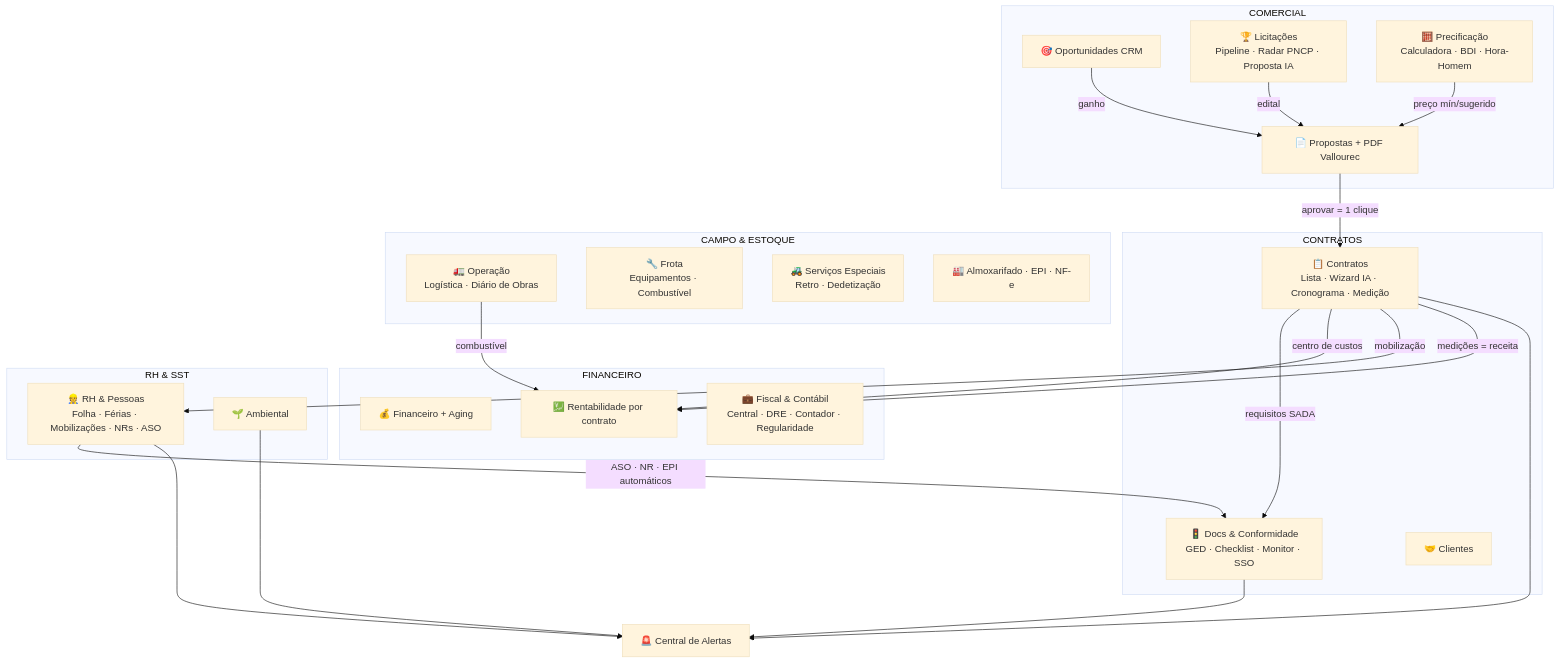
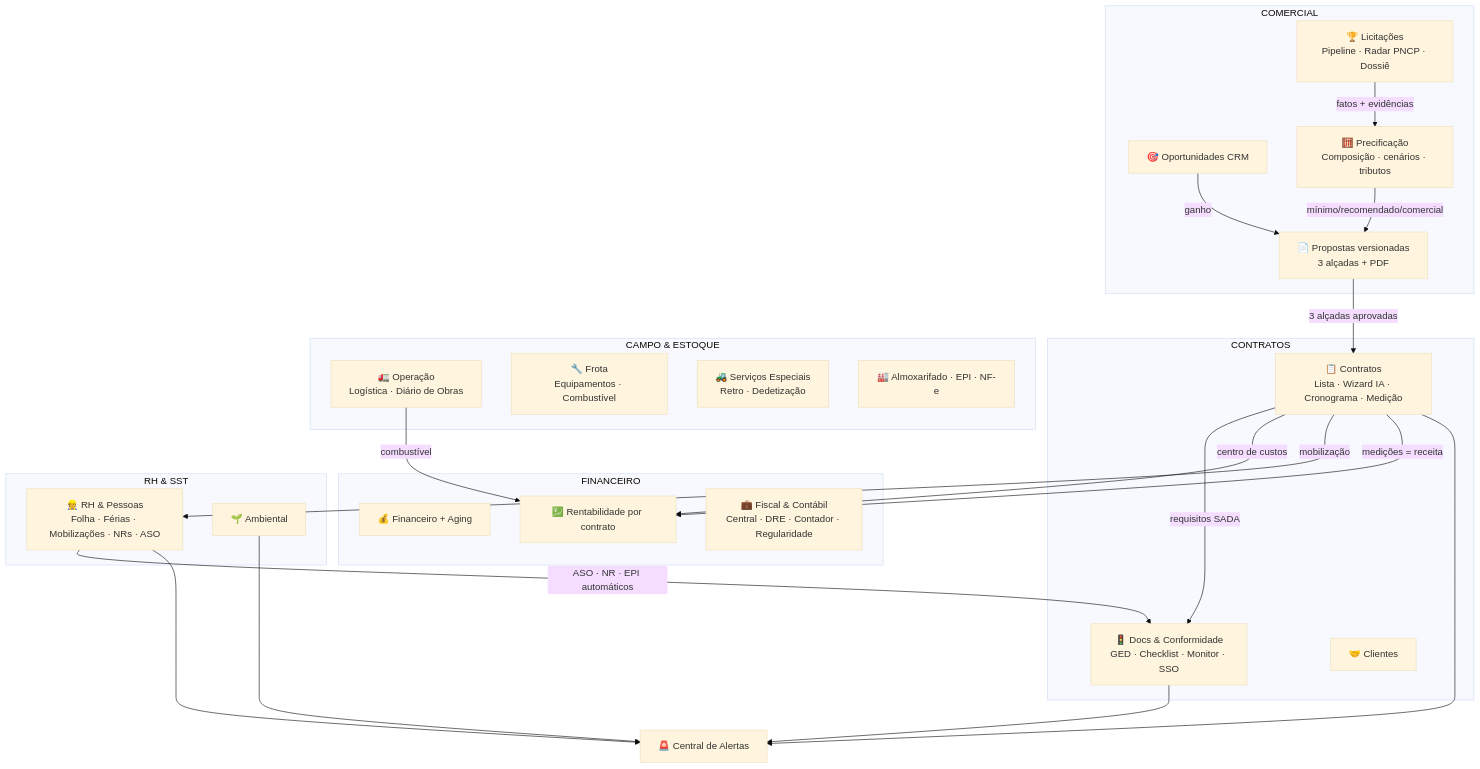
Before and after one commit to s2corporativo/verdelimpclaude: the first of 3 diagrams in SYSTEM_MAP.md, drawn with Mermaid (base theme). The commit also changed other lines of this file and 37 other files, not shown here.

````diff
--- a/SYSTEM_MAP.md
+++ b/SYSTEM_MAP.md
@@ -8,45 +8,45 @@
 ```mermaid
 flowchart TB
   subgraph COMERCIAL
     CRM[🎯 Oportunidades CRM]
-    LIC[🏆 Licitações\nPipeline · Radar PNCP · Proposta IA]
-    PROP[📄 Propostas + PDF Vallourec]
-    PRECO[🧮 Precificação\nCalculadora · BDI · Hora-Homem]
+    LIC[🏆 Licitações\nPipeline · Radar PNCP · Dossiê]
+    PROP[📄 Propostas versionadas\n3 alçadas + PDF]
+    PRECO[🧮 Precificação\nComposição · cenários · tributos]
   end
   subgraph CONTRATOS
     CTR[📋 Contratos\nLista · Wizard IA · Cronograma · Medição]
     DOCS[🚦 Docs & Conformidade\nGED · Checklist · Monitor · SSO]
     CLI[🤝 Clientes]
   end
   subgraph OPERACAO[CAMPO & ESTOQUE]
     CAMPO[🚛 Operação\nLogística · Diário de Obras]
     FROTA[🔧 Frota\nEquipamentos · Combustível]
     ESP[🚜 Serviços Especiais\nRetro · Dedetização]
     ESTQ[🏭 Almoxarifado · EPI · NF-e]
   end
   subgraph FINANCEIRO
     FIN[💰 Financeiro + Aging]
     RENT[💹 Rentabilidade por contrato]
     FISC[💼 Fiscal & Contábil\nCentral · DRE · Contador · Regularidade]
   end
   subgraph RH_SST[RH & SST]
     RH[👷 RH & Pessoas\nFolha · Férias · Mobilizações · NRs · ASO]
     AMB[🌱 Ambiental]
   end
   ALERTAS[🚨 Central de Alertas]
 
   CRM -->|ganho| PROP
-  LIC -->|edital| PROP
-  PRECO -->|preço mín/sugerido| PROP
-  PROP -->|aprovar = 1 clique| CTR
+  LIC -->|fatos + evidências| PRECO
+  PRECO -->|mínimo/recomendado/comercial| PROP
+  PROP -->|3 alçadas aprovadas| CTR
   CTR -->|requisitos SADA| DOCS
   CTR -->|centro de custos| RENT
   CTR -->|mobilização| RH
   RH -->|ASO · NR · EPI automáticos| DOCS
   CAMPO -->|combustível| RENT
   CTR -->|medições = receita| RENT
   DOCS --> ALERTAS
   RH --> ALERTAS
   AMB --> ALERTAS
   CTR --> ALERTAS
 ```
````
